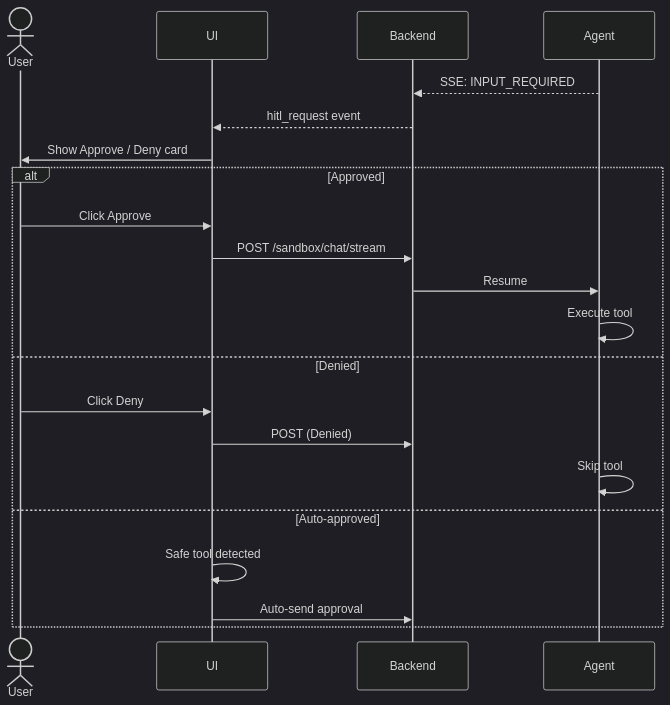
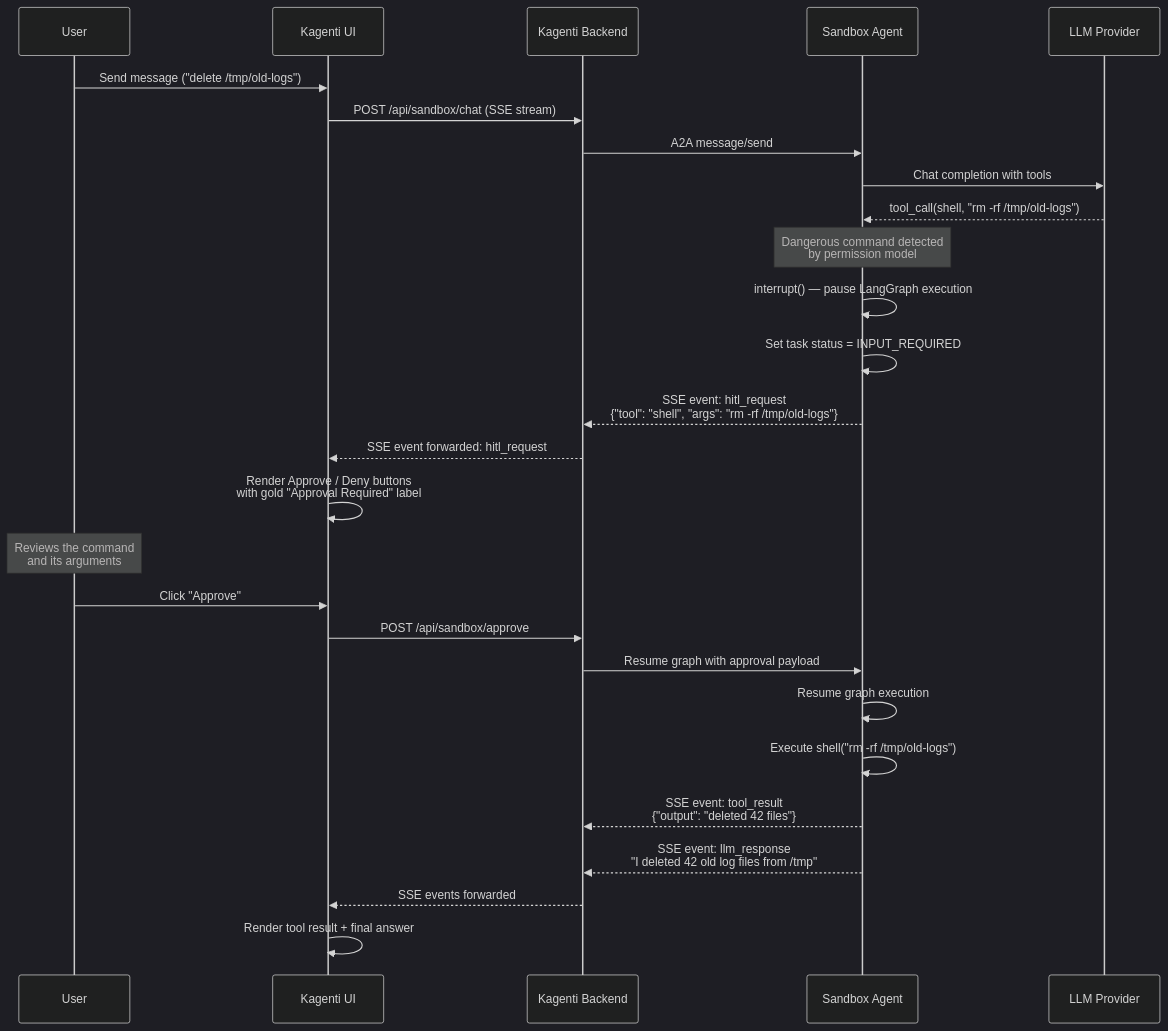
Before and after one commit to kagenti/kagenti: the third of 4 diagrams in docs/plans/2026-03-01-sandbox-platform-design.md, drawn with Mermaid (dark theme). The commit also changed other lines of this file, not shown here.

````diff
--- a/docs/plans/2026-03-01-sandbox-platform-design.md
+++ b/docs/plans/2026-03-01-sandbox-platform-design.md
@@ -122,25 +338,34 @@
 ```mermaid
 sequenceDiagram
-    actor User
-    participant UI
-    participant Backend
-    participant Agent
+    participant User
+    participant UI as Kagenti UI
+    participant Backend as Kagenti Backend
+    participant Agent as Sandbox Agent
+    participant LLM as LLM Provider
 
-    Agent-->>Backend: SSE: INPUT_REQUIRED
-    Backend-->>UI: hitl_request event
-    UI->>User: Show Approve / Deny card
+    User->>UI: Send message ("delete /tmp/old-logs")
+    UI->>Backend: POST /api/sandbox/chat (SSE stream)
+    Backend->>Agent: A2A message/send
+    Agent->>LLM: Chat completion with tools
+    LLM-->>Agent: tool_call(shell, "rm -rf /tmp/old-logs")
 
-    alt Approved
-        User->>UI: Click Approve
-        UI->>Backend: POST /sandbox/chat/stream
-        Backend->>Agent: Resume
-        Agent->>Agent: Execute tool
-    else Denied
-        User->>UI: Click Deny
-        UI->>Backend: POST (Denied)
-        Agent->>Agent: Skip tool
-    else Auto-approved
-        UI->>UI: Safe tool detected
-        UI->>Backend: Auto-send approval
-    end
+    Note over Agent: Dangerous command detected<br/>by permission model
+    Agent->>Agent: interrupt() — pause LangGraph execution
+    Agent->>Agent: Set task status = INPUT_REQUIRED
+
+    Agent-->>Backend: SSE event: hitl_request<br/>{"tool": "shell", "args": "rm -rf /tmp/old-logs"}
+    Backend-->>UI: SSE event forwarded: hitl_request
+    UI->>UI: Render Approve / Deny buttons<br/>with gold "Approval Required" label
+
+    Note over User: Reviews the command<br/>and its arguments
+    User->>UI: Click "Approve"
+    UI->>Backend: POST /api/sandbox/approve
+    Backend->>Agent: Resume graph with approval payload
+
+    Agent->>Agent: Resume graph execution
+    Agent->>Agent: Execute shell("rm -rf /tmp/old-logs")
+    Agent-->>Backend: SSE event: tool_result<br/>{"output": "deleted 42 files"}
+    Agent-->>Backend: SSE event: llm_response<br/>"I deleted 42 old log files from /tmp"
+    Backend-->>UI: SSE events forwarded
+    UI->>UI: Render tool result + final answer
 ```
````
